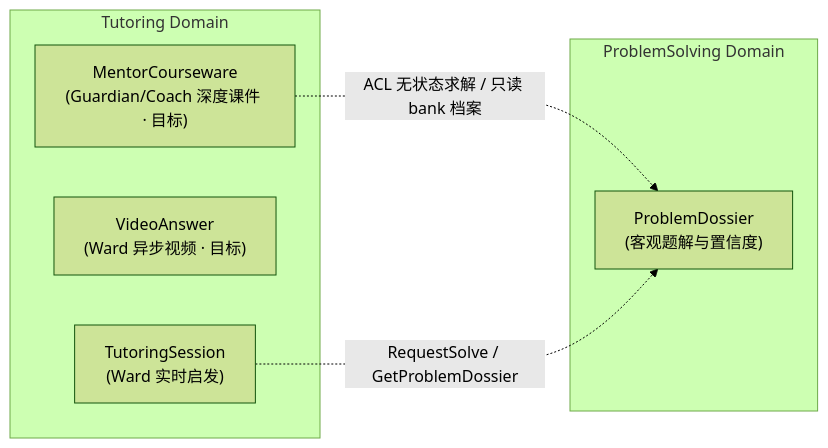
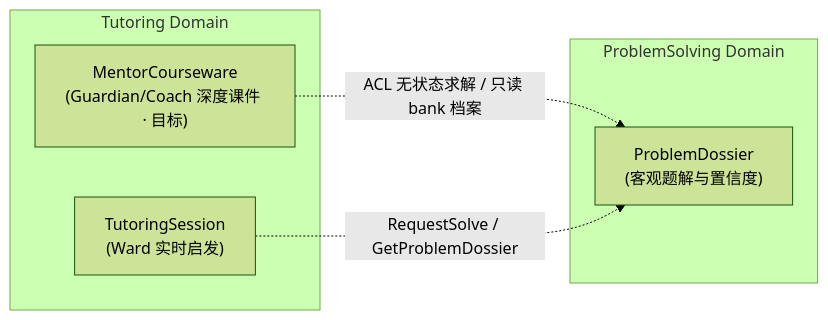
Before and after one commit to johanchow/duxue: the first of 4 diagrams in docs/technical/topic-mentor-courseware.md, drawn with Mermaid (forest theme). The commit also changed other lines of this file and 4 other files, not shown here.

````diff
--- a/docs/technical/topic-mentor-courseware.md
+++ b/docs/technical/topic-mentor-courseware.md
@@ -61,13 +61,12 @@
 ```mermaid
 flowchart LR
     subgraph TUT["Tutoring Domain"]
         TS["TutoringSession<br/>(Ward 实时启发)"]
-        VA["VideoAnswer<br/>(Ward 异步视频 · 目标)"]
         MC["MentorCourseware<br/>(Guardian/Coach 深度课件 · 目标)"]
     end
     subgraph PS["ProblemSolving Domain"]
         PD["ProblemDossier<br/>(客观题解与置信度)"]
     end
     MC -.->|ACL 无状态求解 / 只读 bank 档案| PD
     TS -.->|RequestSolve / GetProblemDossier| PD
 ```
````
